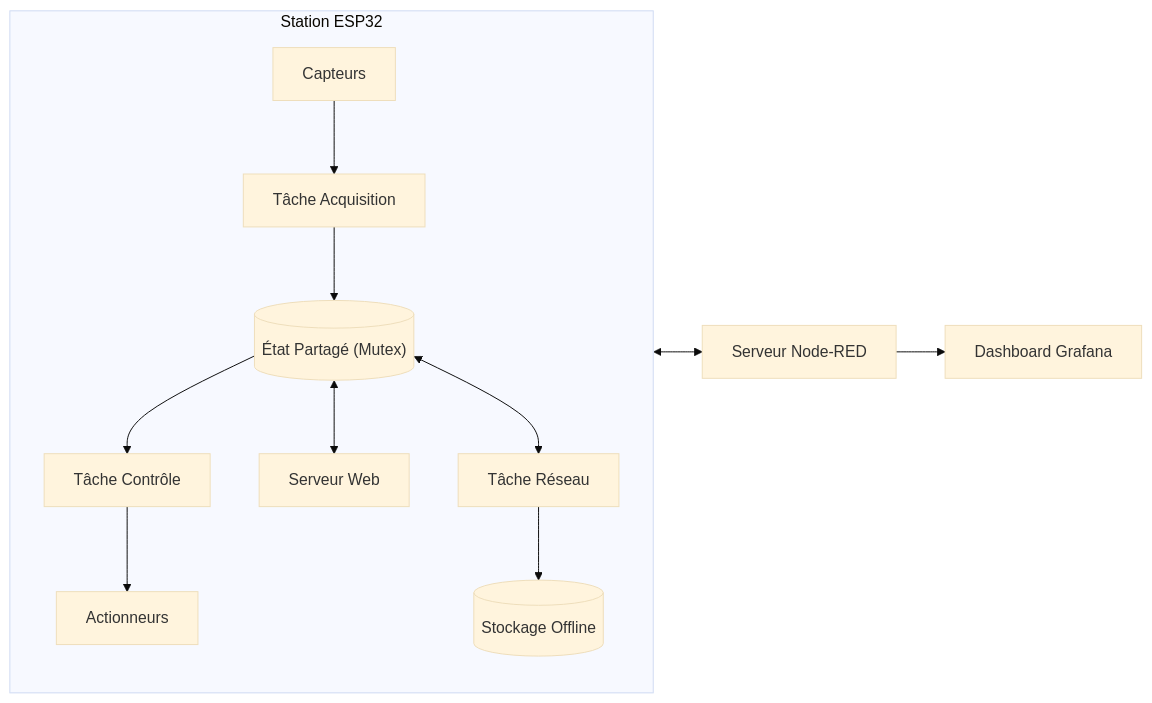
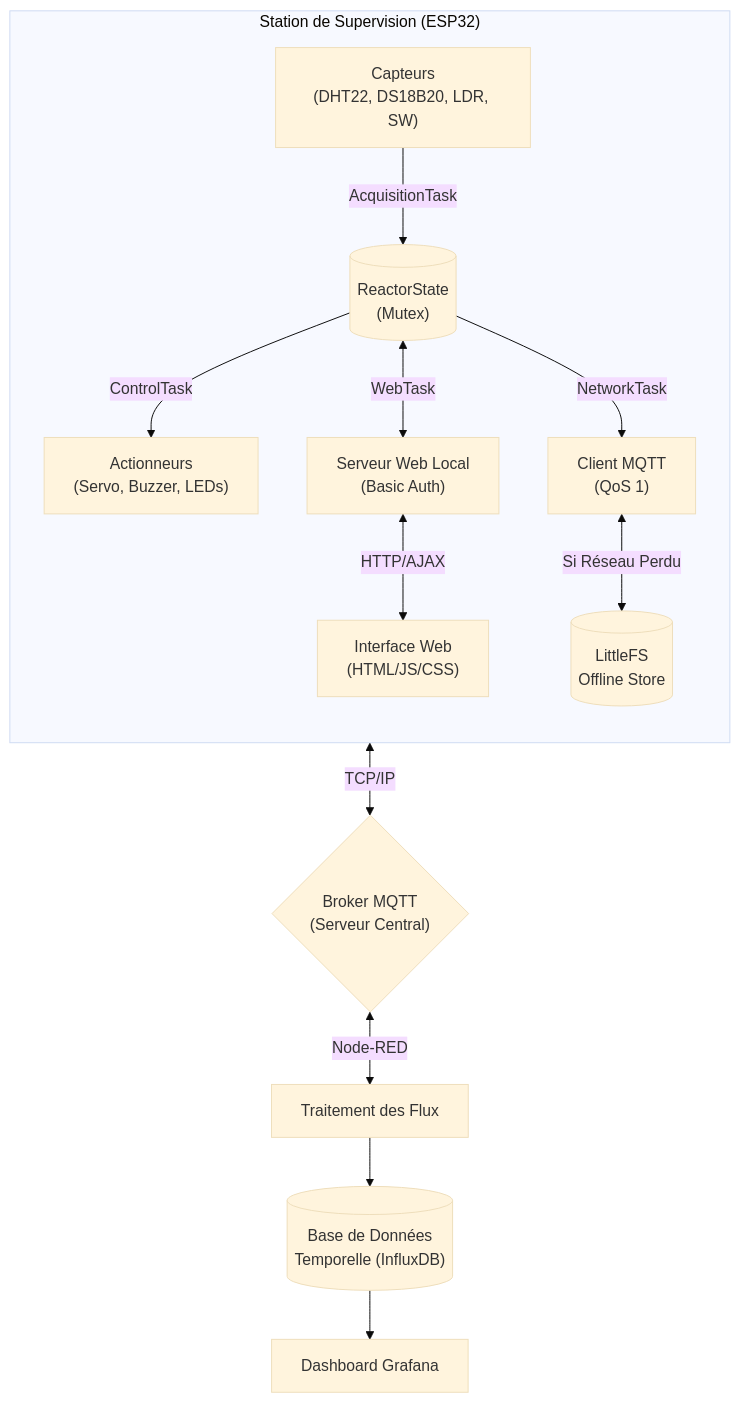
Before and after one commit to Anis-Hammoudi/IOTESGI: the diagram in docs/architecture.md, drawn with Mermaid (base theme). The commit also changed other lines of this file and 3 other files, not shown here.

Commit message:
docs: add technical report and architecture documentation for the IoT reactor monitoring project

````diff
--- a/docs/architecture.md
+++ b/docs/architecture.md
@@ -9,19 +22,22 @@
 ```mermaid
-flowchart LR
-  subgraph ESP32["Station ESP32"]
+flowchart TD
+  subgraph ESP32["Station de Supervision (ESP32)"]
     direction TB
-    Capteurs --> Acquisition["Tâche Acquisition"]
-    Acquisition --> State[("État Partagé (Mutex)")]
+    Capteurs["Capteurs\n(DHT22, DS18B20, LDR, SW)"] -->|AcquisitionTask| State[("ReactorState\n(Mutex)")]
     
-    State --> Control["Tâche Contrôle"]
-    Control --> Actionneurs
+    State -->|ControlTask| Actionneurs["Actionneurs\n(Servo, Buzzer, LEDs)"]
     
-    State <--> Web["Serveur Web"]
-    State <--> MQTT["Tâche Réseau"]
+    State <-->|WebTask| API["Serveur Web Local\n(Basic Auth)"]
+    API <-->|HTTP/AJAX| UI["Interface Web\n(HTML/JS/CSS)"]
     
-    MQTT --> Store[("Stockage Offline")]
+    State -->|NetworkTask| MQTT_Client["Client MQTT\n(QoS 1)"]
+    
+    MQTT_Client <-->|Si Réseau Perdu| Offline[("LittleFS\nOffline Store")]
   end
 
-  MQTT <--> NodeRED["Serveur Node-RED"]
-  NodeRED --> Grafana["Dashboard Grafana"]
+  MQTT_Client <-->|TCP/IP| Broker{"Broker MQTT\n(Serveur Central)"}
+  
+  Broker <-->|Node-RED| NodeRED["Traitement des Flux"]
+  NodeRED --> InfluxDB[("Base de Données\nTemporelle (InfluxDB)")]
+  InfluxDB --> Grafana["Dashboard Grafana"]
 ```
````
